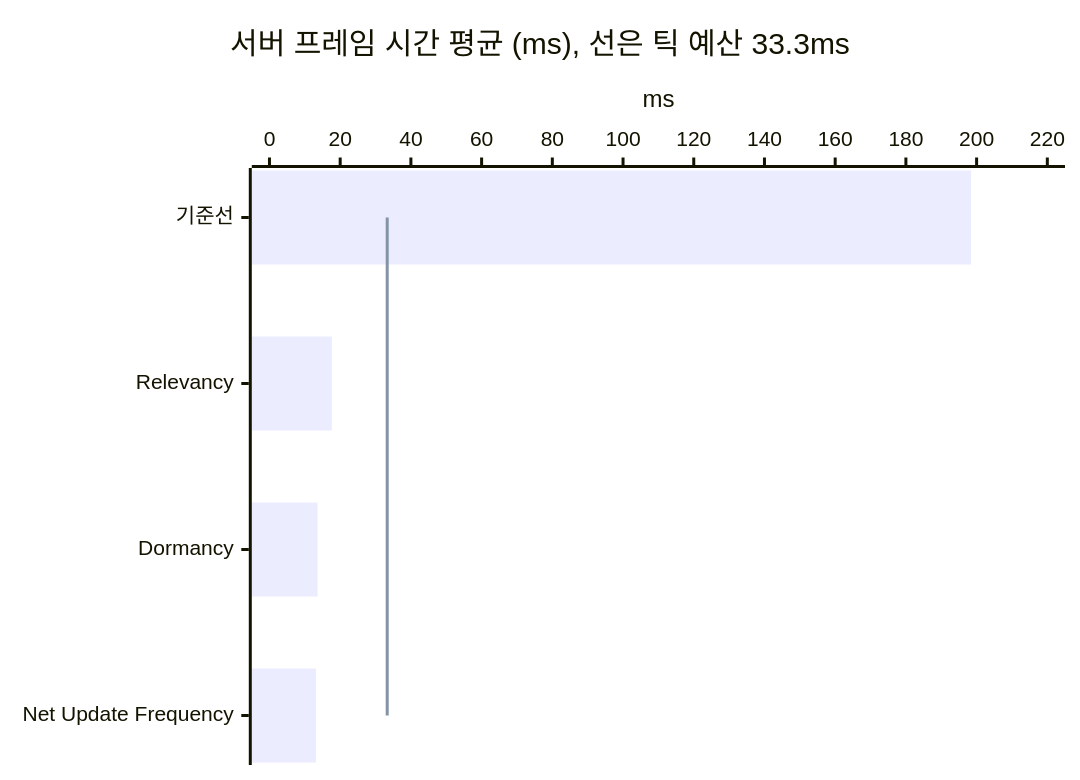
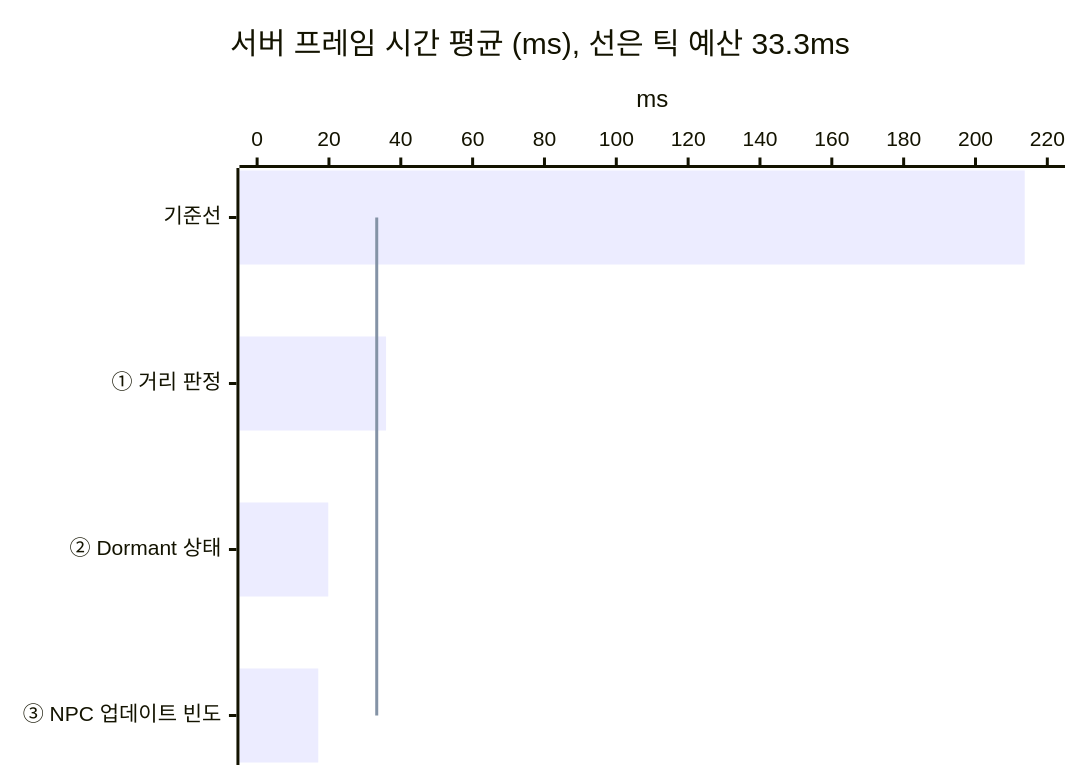
One commit to hon454/ue-dedicated-server-optimization-lab changed the diagram in README.md. Above: the diagram before and after it, drawn with Mermaid. The commit also changed other lines of this file and 2 other files, not shown here.

````diff
--- a/README.md
+++ b/README.md
@@ -17,8 +23,8 @@
 ```mermaid
 xychart-beta horizontal
     title "서버 프레임 시간 평균 (ms), 선은 틱 예산 33.3ms"
-    x-axis ["기준선", "Relevancy", "Dormancy", "Net Update Frequency"]
+    x-axis ["기준선", "① 거리 판정", "② Dormant 상태", "③ NPC 업데이트 빈도"]
     y-axis "ms" 0 --> 220
-    bar [198.43, 17.64, 13.60, 13.16]
+    bar [213.71, 35.90, 19.81, 17.02]
     line [33.3, 33.3, 33.3, 33.3]
 ```
````
